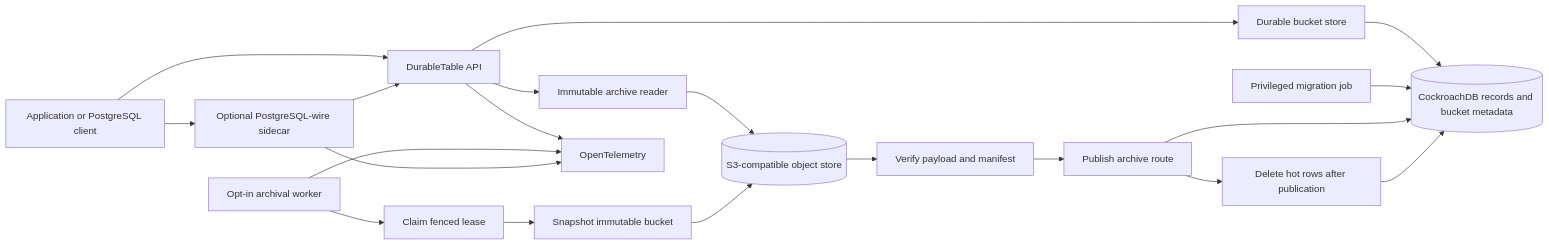
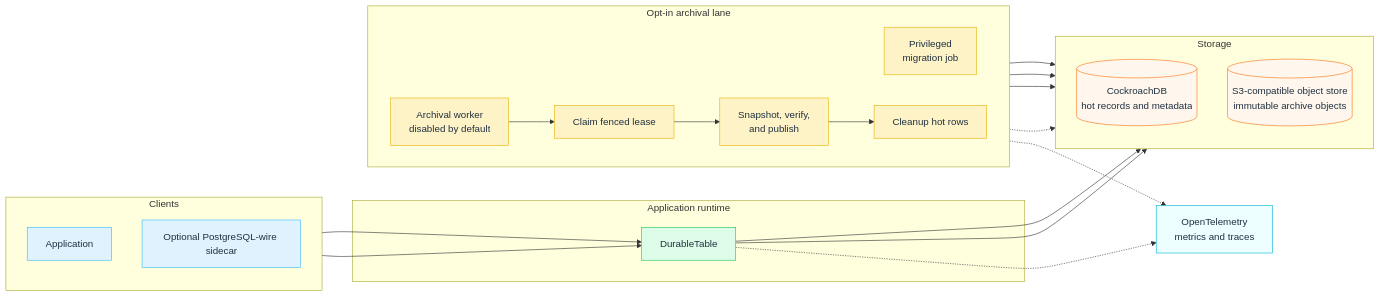
The diagram in docs/assets/architecture.mmd (pulpitum-tech/pulpitum), drawn with Mermaid before and after one commit. The commit also changed 4 other files, not shown here.

Commit message:
Generate architecture diagram with Mermaid CLI

```diff
--- a/docs/assets/architecture.mmd
+++ b/docs/assets/architecture.mmd
@@ -1,23 +1,51 @@
 flowchart LR
-    Client[Application or PostgreSQL client] --> Sidecar[Optional PostgreSQL-wire sidecar]
-    Client --> Table[DurableTable API]
-    Sidecar --> Table
+    subgraph Clients
+        direction TB
+        App[Application]
+        SQL[Optional PostgreSQL-wire sidecar]
+    end
 
-    Table --> Store[Durable bucket store]
-    Store --> Hot[(CockroachDB records and bucket metadata)]
-    Table --> ArchiveRead[Immutable archive reader]
-    ArchiveRead --> Objects[(S3-compatible object store)]
+    subgraph Runtime[Application runtime]
+        Table[DurableTable]
+    end
 
-    Migrator[Privileged migration job] --> Hot
-    Archiver[Opt-in archival worker] --> Fence[Claim fenced lease]
-    Fence --> Snapshot[Snapshot immutable bucket]
-    Snapshot --> Objects
-    Objects --> Verify[Verify payload and manifest]
-    Verify --> Publish[Publish archive route]
-    Publish --> Hot
-    Publish --> Cleanup[Delete hot rows after publication]
-    Cleanup --> Hot
+    subgraph Storage
+        direction TB
+        CRDB[(CockroachDB<br/>hot records and metadata)]
+        S3[(S3-compatible object store<br/>immutable archive objects)]
+    end
 
-    Table --> Telemetry[OpenTelemetry]
-    Archiver --> Telemetry
-    Sidecar --> Telemetry
+    App --> Table
+    SQL --> Table
+    Table --> CRDB
+    Table --> S3
+
+    subgraph Archive[Opt-in archival lane]
+        direction LR
+        Migrate[Privileged<br/>migration job]
+        Archiver[Archival worker<br/>disabled by default]
+        Claim[Claim fenced lease]
+        Verify[Snapshot, verify,<br/>and publish]
+        Cleanup[Cleanup hot rows]
+        Migrate -.-> CRDB
+        Archiver --> Claim --> Verify --> Cleanup
+    end
+
+    Verify --> S3
+    Verify --> CRDB
+    Cleanup --> CRDB
+
+    Telemetry[OpenTelemetry<br/>metrics and traces]
+    Table -.-> Telemetry
+    Archiver -.-> Telemetry
+
+    classDef client fill:#e0f2fe,stroke:#38bdf8,color:#1f3040
+    classDef runtime fill:#dcfce7,stroke:#22c55e,color:#1f3040
+    classDef storage fill:#fff7ed,stroke:#f97316,color:#1f3040
+    classDef archive fill:#fef3c7,stroke:#eab308,color:#1f3040
+    classDef telemetry fill:#ecfeff,stroke:#06b6d4,color:#1f3040
+    class App,SQL client
+    class Table runtime
+    class CRDB,S3 storage
+    class Migrate,Archiver,Claim,Verify,Cleanup archive
+    class Telemetry telemetry
```
